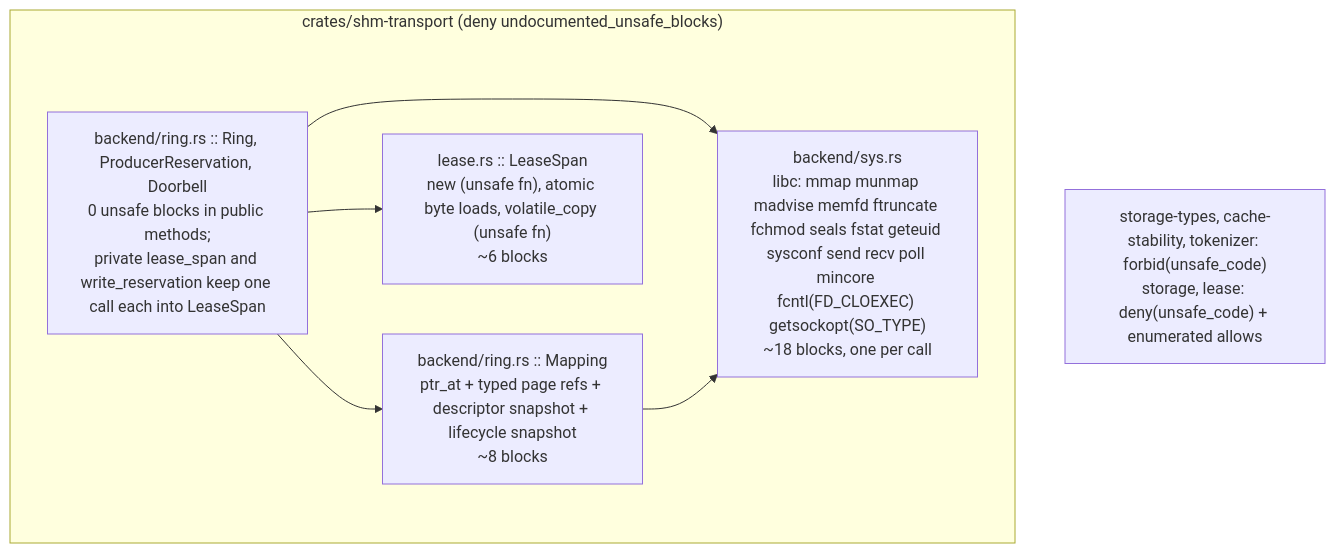
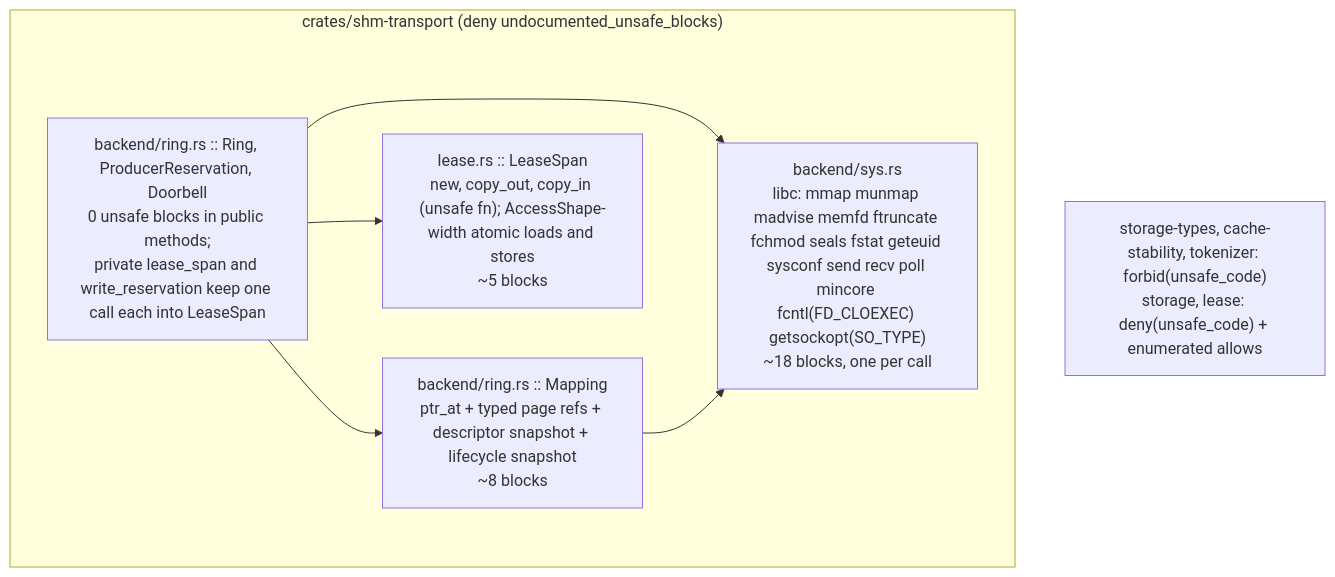
One commit to ahrav/eidnara changed the first of 2 diagrams in docs/plans/2026-09-04-0652-refactor-unsafe-surface-confinement-plan.md. Above: the diagram before and after it, drawn with Mermaid. The commit also changed other lines of this file and 10 other files, not shown here.

First line of the commit message:
fix(review): derive each span byte's atomic width from its address so the copy path beats origin/main without mixed-size races, make page padding explicit UnsafeCell, and pin the Miri gate

````diff
--- a/docs/plans/2026-09-04-0652-refactor-unsafe-surface-confinement-plan.md
+++ b/docs/plans/2026-09-04-0652-refactor-unsafe-surface-confinement-plan.md
@@ -105,14 +104,14 @@
 ```mermaid
 flowchart TB
   subgraph shm["crates/shm-transport (deny undocumented_unsafe_blocks)"]
     sys["backend/sys.rs\nlibc: mmap munmap madvise memfd ftruncate fchmod seals fstat geteuid sysconf send recv poll mincore fcntl(FD_CLOEXEC) getsockopt(SO_TYPE)\n~18 blocks, one per call"]
     map["backend/ring.rs :: Mapping\nptr_at + typed page refs + descriptor snapshot + lifecycle snapshot\n~8 blocks"]
-    lease["lease.rs :: LeaseSpan\nnew (unsafe fn), atomic byte loads, volatile_copy (unsafe fn)\n~6 blocks"]
+    lease["lease.rs :: LeaseSpan\nnew, copy_out, copy_in (unsafe fn); AccessShape-width atomic loads and stores\n~5 blocks"]
     ring["backend/ring.rs :: Ring, ProducerReservation, Doorbell\n0 unsafe blocks in public methods;\nprivate lease_span and write_reservation keep one call each into LeaseSpan"]
     ring --> map
     ring --> sys
     ring --> lease
     map --> sys
   end
   forbid["storage-types, cache-stability, tokenizer: forbid(unsafe_code)\nstorage, lease: deny(unsafe_code) + enumerated allows"]
 ```
````
